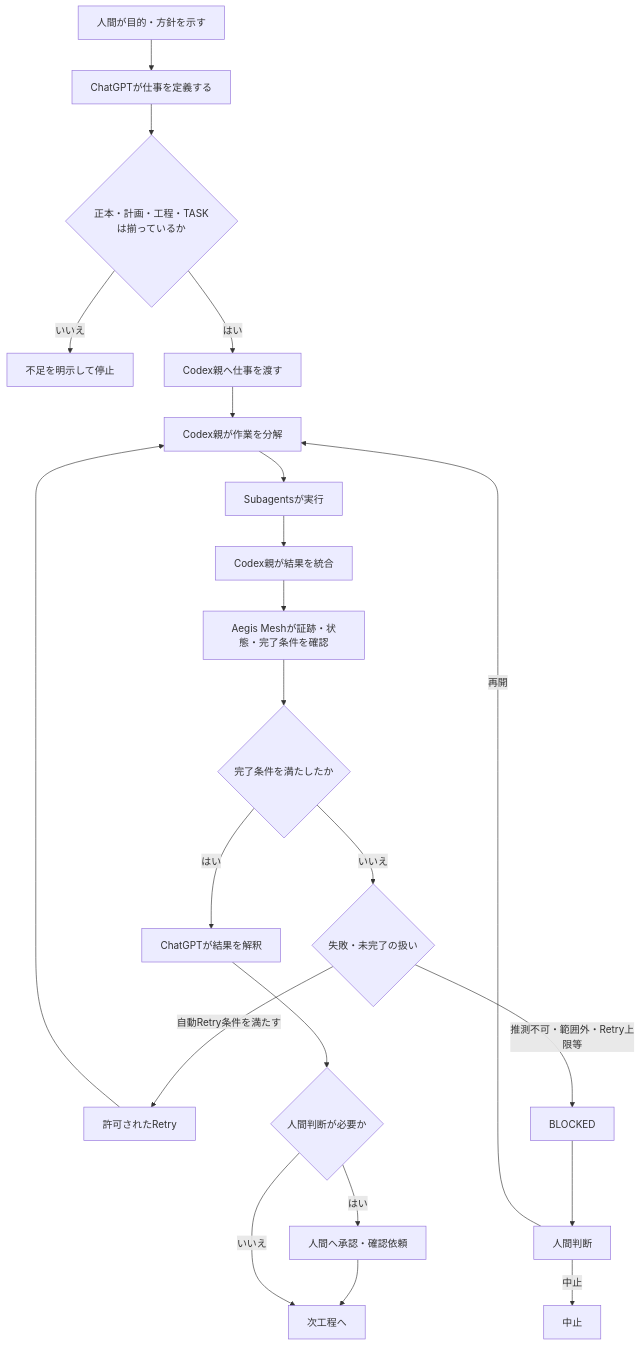
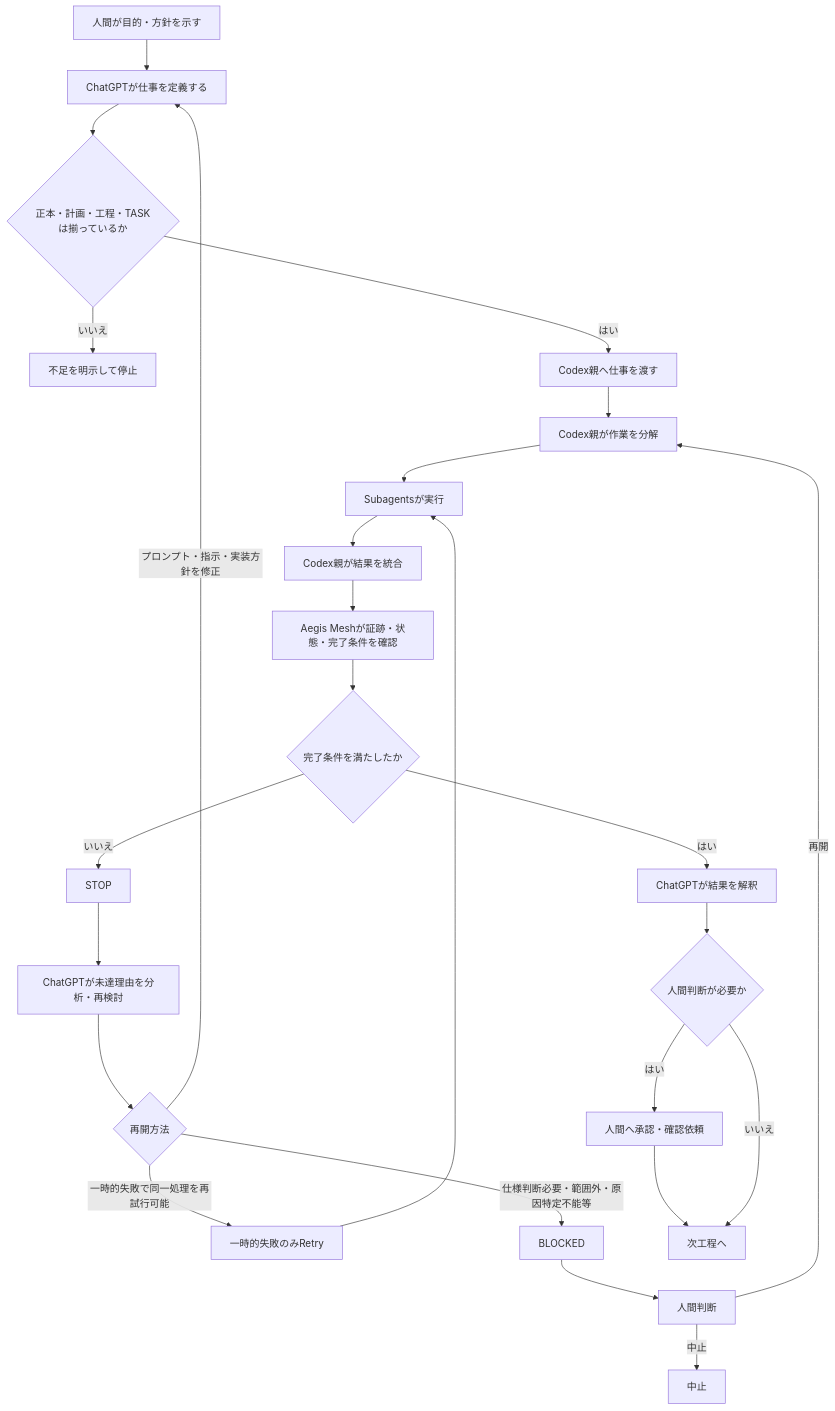
Before and after one commit to xxxinakenxxx-hash/Aegis-Mesh: the third of 8 diagrams in docs/正本/【Aegis Mesh】企画概要書.md, drawn with Mermaid. The commit also changed other lines of this file, not shown here.

Commit message:
Reflect confirmed Aegis Mesh architecture decisions

````diff
--- a/docs/正本/【Aegis Mesh】企画概要書.md
+++ b/docs/正本/【Aegis Mesh】企画概要書.md
@@ -208,43 +210,48 @@
 ```mermaid
 flowchart TD
     A[人間が目的・方針を示す]
     B[ChatGPTが仕事を定義する]
     C{正本・計画・工程・TASKは揃っているか}
     D[不足を明示して停止]
     E[Codex親へ仕事を渡す]
     F[Codex親が作業を分解]
     G[Subagentsが実行]
     H[Codex親が結果を統合]
     I[Aegis Meshが証跡・状態・完了条件を確認]
     J{完了条件を満たしたか}
-    K{失敗・未完了の扱い}
-    R[許可されたRetry]
+    ST[STOP]
+    CA[ChatGPTが未達理由を分析・再検討]
+    K{再開方法}
+    R[一時的失敗のみRetry]
     B2[BLOCKED]
     HJ[人間判断]
     L[ChatGPTが結果を解釈]
     M{人間判断が必要か}
     N[人間へ承認・確認依頼]
     O[次工程へ]
 
     A --> B
     B --> C
     C -- いいえ --> D
     C -- はい --> E
     E --> F
     F --> G
     G --> H
     H --> I
     I --> J
-    J -- いいえ --> K
-    K -- 自動Retry条件を満たす --> R
-    R --> F
-    K -- 推測不可・範囲外・Retry上限等 --> B2
+    J -- いいえ --> ST
+    ST --> CA
+    CA --> K
+    K -- 一時的失敗で同一処理を再試行可能 --> R
+    R --> G
+    K -- プロンプト・指示・実装方針を修正 --> B
+    K -- 仕様判断必要・範囲外・原因特定不能等 --> B2
     B2 --> HJ
     HJ -- 再開 --> F
     HJ -- 中止 --> X[中止]
     J -- はい --> L
     L --> M
     M -- はい --> N
     N --> O
     M -- いいえ --> O
 ```
````
